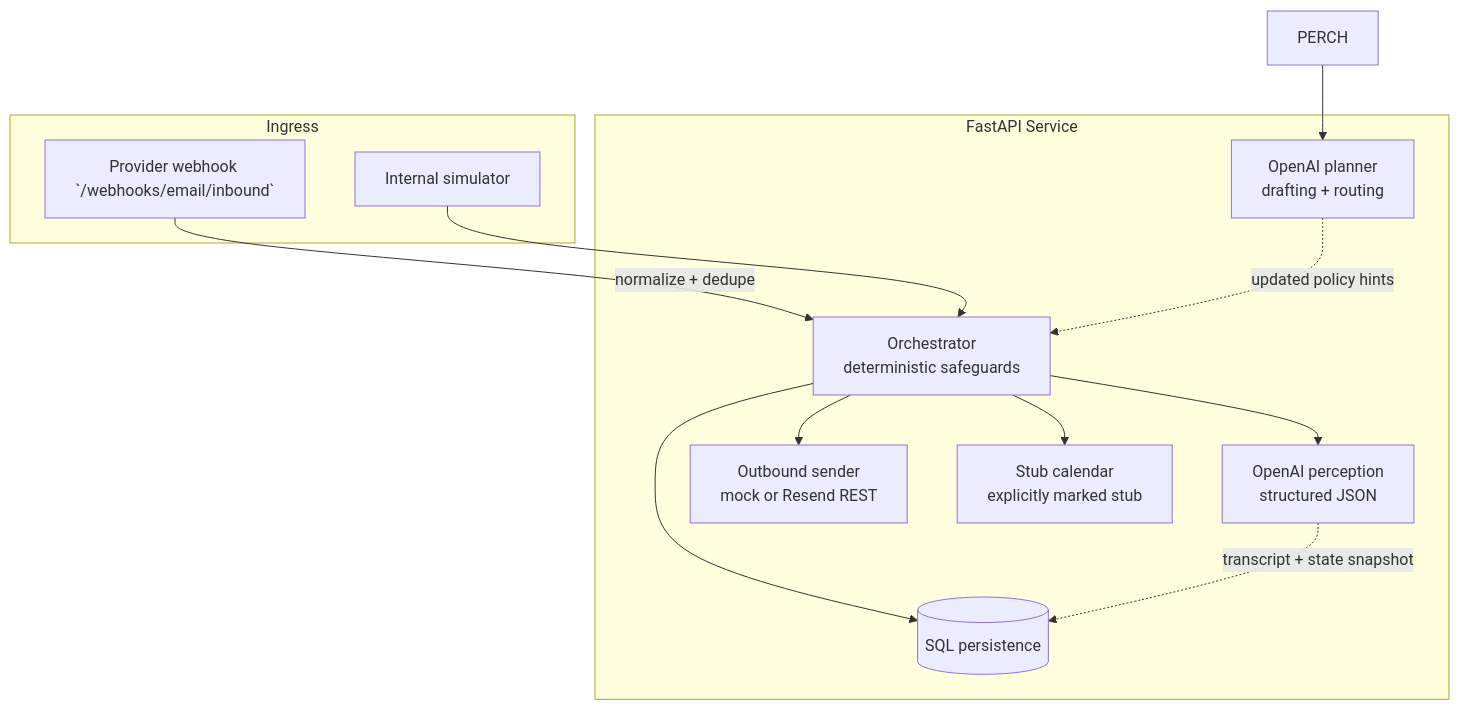
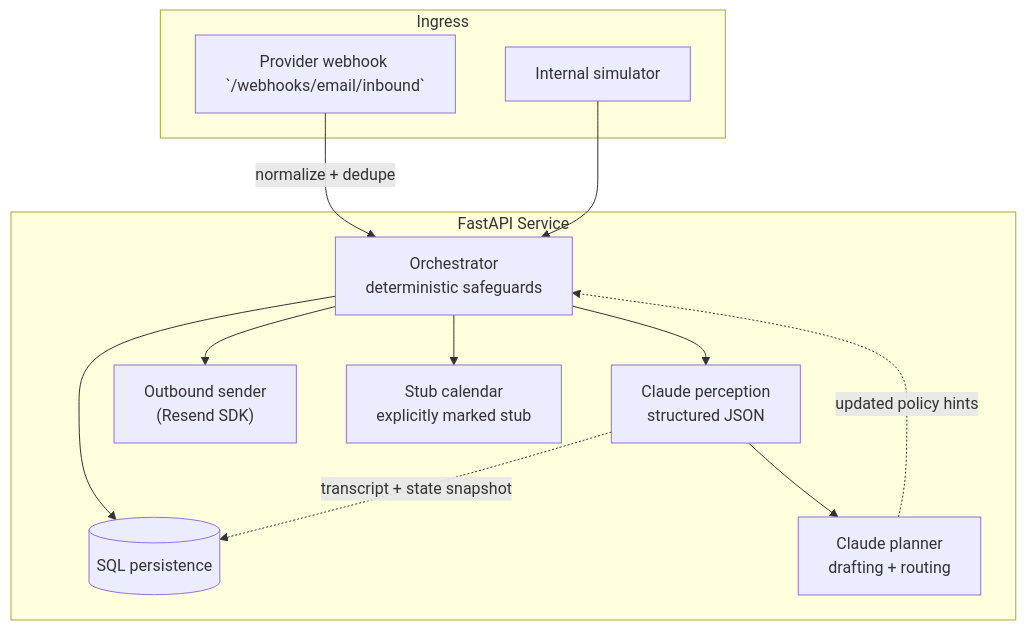
The diagram in README.md (upgrace-in/scrini-email-wakeup-agent), drawn with Mermaid before and after one commit. The commit also changed other lines of this file and 20 other files, not shown here.

````diff
--- a/README.md
+++ b/README.md
@@ -16,24 +16,24 @@
 ```mermaid
 flowchart TD
     subgraph ingress[Ingress]
       WH["Provider webhook `/webhooks/email/inbound`"]
       SIM["Internal simulator"]
     end
     subgraph svc[FastAPI Service]
       REPO[(SQL persistence)]
       ORCH["Orchestrator\ndeterministic safeguards"]
-      PERC["OpenAI perception\nstructured JSON"]
-      PLAN["OpenAI planner\ndrafting + routing"]
-      RESEND["Outbound sender\nmock or Resend REST"]
+      PERC["Claude perception\nstructured JSON"]
+      PLAN["Claude planner\ndrafting + routing"]
+      RESEND["Outbound sender\n(Resend SDK)"]
       CAL["Stub calendar\nexplicitly marked stub"]
     end
     WH -->|"normalize + dedupe"| ORCH
     SIM --> ORCH
     ORCH --> PERC
-    PERCH --> PLAN
+    PERC --> PLAN
     ORCH --> REPO
     PERC -. transcript + state snapshot .-> REPO
     PLAN -. updated policy hints .-> ORCH
     ORCH --> RESEND
     ORCH --> CAL
 ```
````
